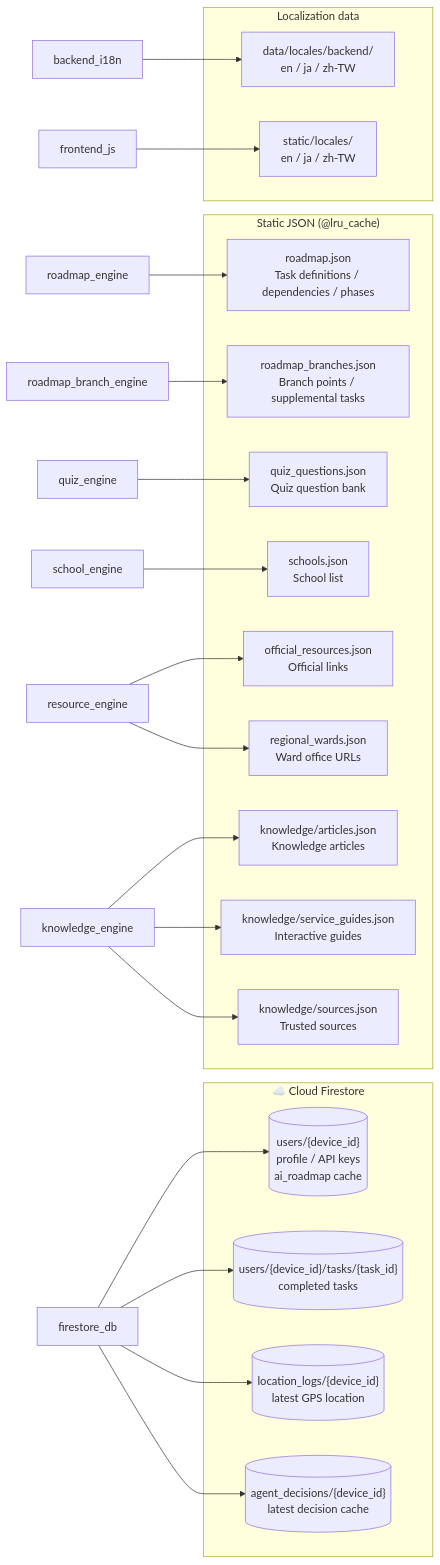
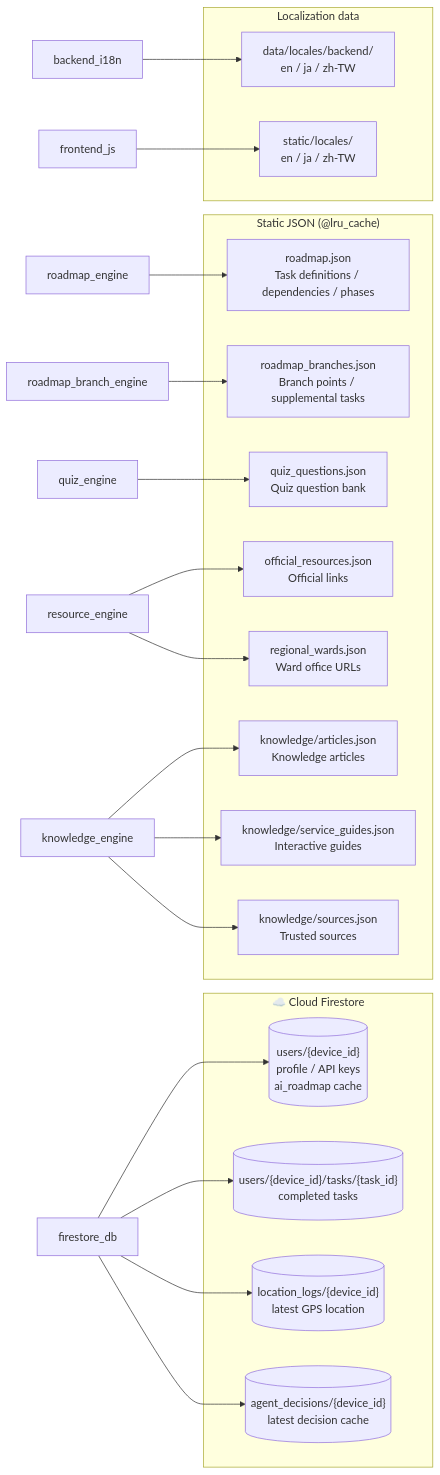
Before and after one commit to faetstoree/HARU: the fourth of 6 diagrams in ARCHITECTURE_EN.md, drawn with Mermaid. The commit also changed other lines of this file and 1 other file, not shown here.

Commit message:
Update ARCHITECTURE docs: remove school engine, update API endpoints and AI layer

````diff
--- a/ARCHITECTURE_EN.md
+++ b/ARCHITECTURE_EN.md
@@ -186,42 +191,40 @@
 ```mermaid
 graph LR
     subgraph Firestore["☁️ Cloud Firestore"]
         T1[("users/{device_id}<br/>profile / API keys<br/>ai_roadmap cache")]
         T2[("users/{device_id}/tasks/{task_id}<br/>completed tasks")]
         T3[("location_logs/{device_id}<br/>latest GPS location")]
         T4[("agent_decisions/{device_id}<br/>latest decision cache")]
     end
 
     subgraph JSON["Static JSON (@lru_cache)"]
         J1["roadmap.json<br/>Task definitions / dependencies / phases"]
         J2["roadmap_branches.json<br/>Branch points / supplemental tasks"]
         J3["quiz_questions.json<br/>Quiz question bank"]
-        J4["schools.json<br/>School list"]
-        J5["official_resources.json<br/>Official links"]
-        J6["regional_wards.json<br/>Ward office URLs"]
-        J7["knowledge/articles.json<br/>Knowledge articles"]
-        J8["knowledge/service_guides.json<br/>Interactive guides"]
-        J9["knowledge/sources.json<br/>Trusted sources"]
+        J4["official_resources.json<br/>Official links"]
+        J5["regional_wards.json<br/>Ward office URLs"]
+        J6["knowledge/articles.json<br/>Knowledge articles"]
+        J7["knowledge/service_guides.json<br/>Interactive guides"]
+        J8["knowledge/sources.json<br/>Trusted sources"]
     end
 
     subgraph I18N["Localization data"]
         L1["data/locales/backend/<br/>en / ja / zh-TW"]
         L2["static/locales/<br/>en / ja / zh-TW"]
     end
 
     firestore_db --> T1
     firestore_db --> T2
     firestore_db --> T3
     firestore_db --> T4
     roadmap_engine --> J1
     roadmap_branch_engine --> J2
     quiz_engine --> J3
-    school_engine --> J4
+    resource_engine --> J4
     resource_engine --> J5
-    resource_engine --> J6
+    knowledge_engine --> J6
     knowledge_engine --> J7
     knowledge_engine --> J8
-    knowledge_engine --> J9
     backend_i18n --> L1
     frontend_js --> L2
 ```
````
